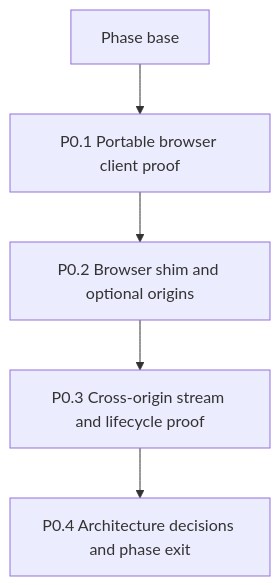
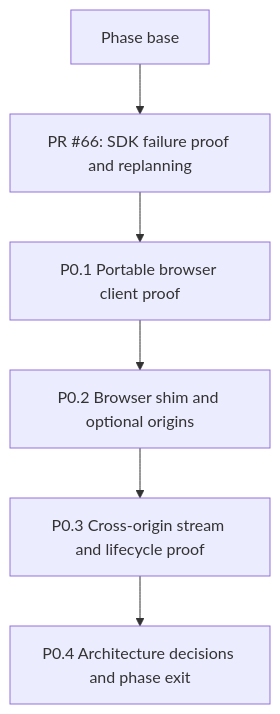
Before and after one commit to whizzzkid/point-and-shoot: the diagram in docs/plans/A2A-client/phase-0-prove-the-platform.md, drawn with Mermaid. The commit also changed other lines of this file and 2 other files, not shown here.

First line of the commit message:
docs(a2a): 📝 separate proof from delivery stack

````diff
--- a/docs/plans/A2A-client/phase-0-prove-the-platform.md
+++ b/docs/plans/A2A-client/phase-0-prove-the-platform.md
@@ -61,10 +64,11 @@
 ```mermaid
 flowchart TD
   Base["Phase base"]
+  Proof["PR #66: SDK failure proof and replanning"]
   P01["P0.1 Portable browser client proof"]
   P02["P0.2 Browser shim and optional origins"]
   P03["P0.3 Cross-origin stream and lifecycle proof"]
   P04["P0.4 Architecture decisions and phase exit"]
 
-  Base --> P01 --> P02 --> P03 --> P04
+  Base --> Proof --> P01 --> P02 --> P03 --> P04
 ```
````
